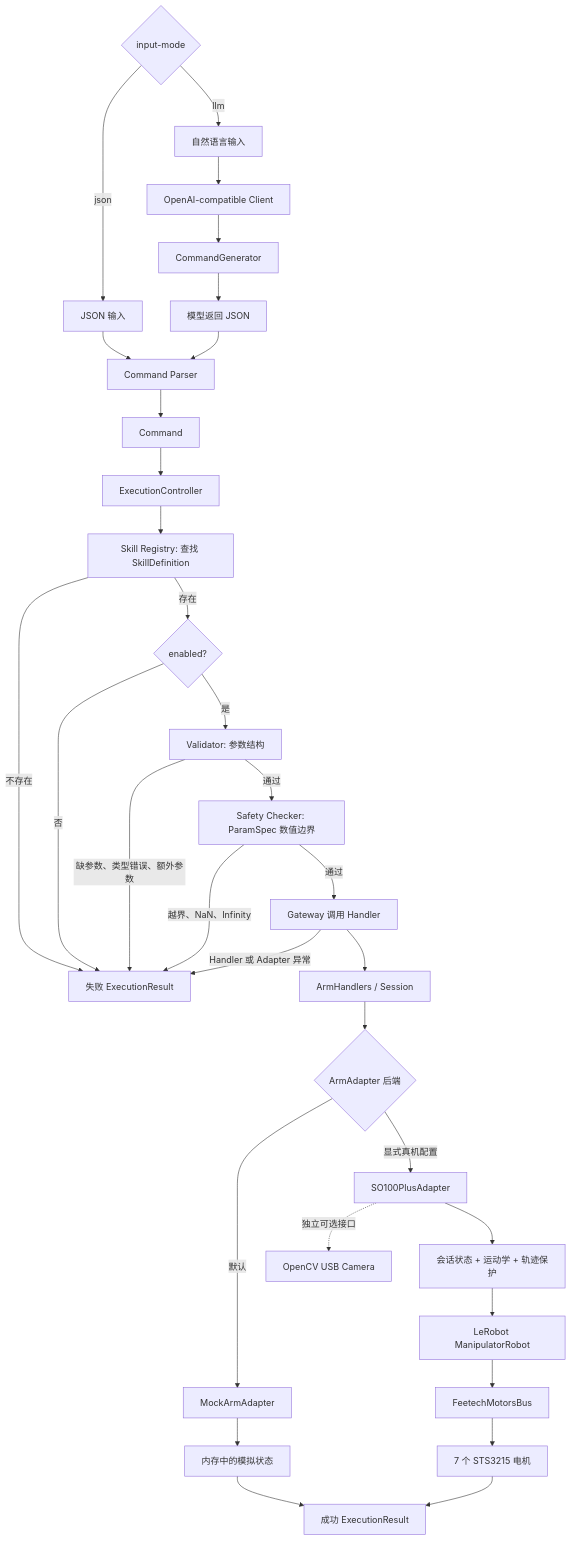
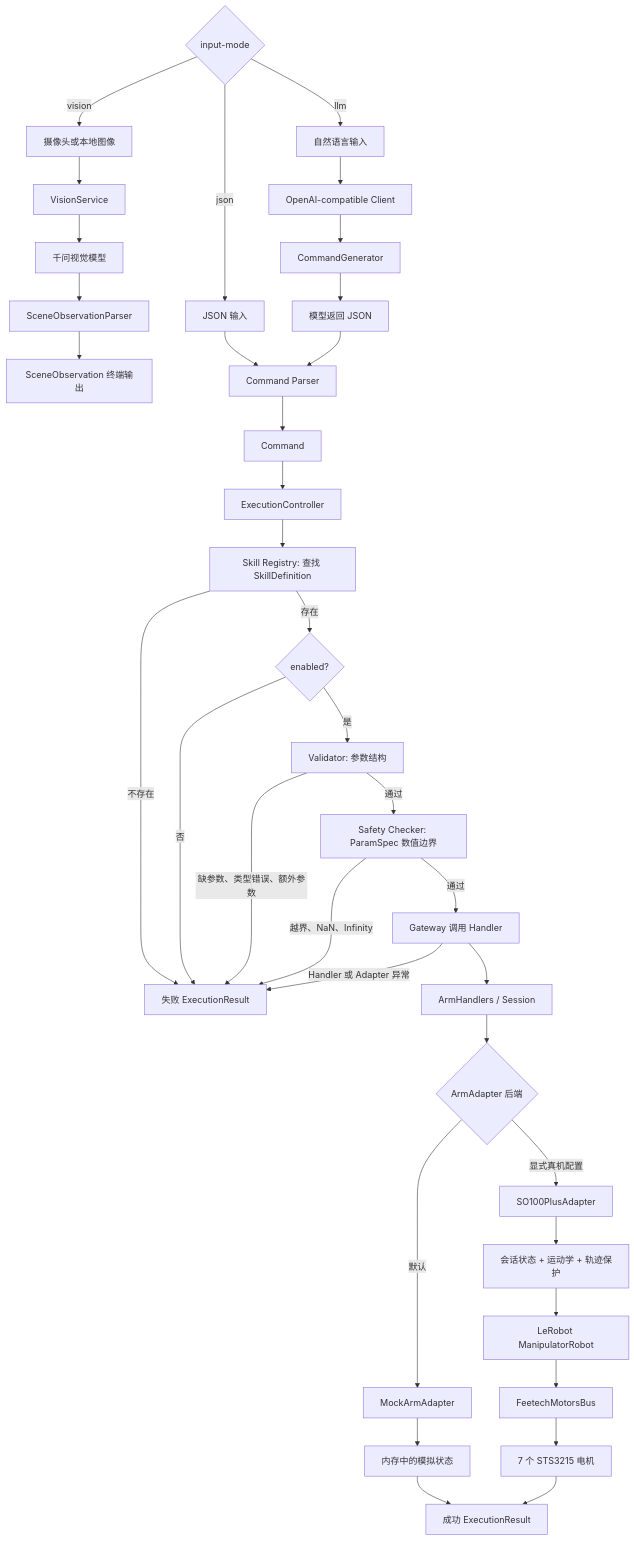
One commit to Alex-Lucifer-L/ros-claw changed the diagram in README.md. Above: the diagram before and after it, drawn with Mermaid. The commit also changed other lines of this file and 39 other files, not shown here.

````diff
--- a/README.md
+++ b/README.md
@@ -451,42 +472,45 @@
 ```mermaid
 flowchart TD
     A{input-mode}
     A -->|json| B[JSON 输入]
     A -->|llm| C[自然语言输入]
+    A -->|vision| VA[摄像头或本地图像]
+    VA --> VB[VisionService]
+    VB --> VC[千问视觉模型]
+    VC --> VD[SceneObservationParser]
+    VD --> VE[SceneObservation 终端输出]
     C --> D[OpenAI-compatible Client]
     D --> E[CommandGenerator]
     E --> F[模型返回 JSON]
     B --> G[Command Parser]
     F --> G
     G --> H[Command]
     H --> I[ExecutionController]
     I --> J[Skill Registry: 查找 SkillDefinition]
 
     J -->|不存在| X[失败 ExecutionResult]
     J -->|存在| K{enabled?}
     K -->|否| X
     K -->|是| L[Validator: 参数结构]
 
     L -->|缺参数、类型错误、额外参数| X
     L -->|通过| M[Safety Checker: ParamSpec 数值边界]
     M -->|越界、NaN、Infinity| X
     M -->|通过| N[Gateway 调用 Handler]
 
     N --> O[ArmHandlers / Session]
     O --> P{ArmAdapter 后端}
 
     P -->|默认| Q[MockArmAdapter]
     P -->|显式真机配置| R[SO100PlusAdapter]
 
     Q --> S[内存中的模拟状态]
     R --> T[会话状态 + 运动学 + 轨迹保护]
     T --> U[LeRobot ManipulatorRobot]
     U --> V[FeetechMotorsBus]
     V --> W[7 个 STS3215 电机]
 
-    R -. 独立可选接口 .-> CAMERA[OpenCV USB Camera]
-
     S --> Y[成功 ExecutionResult]
     W --> Y
     N -->|Handler 或 Adapter 异常| X
 ```
````
